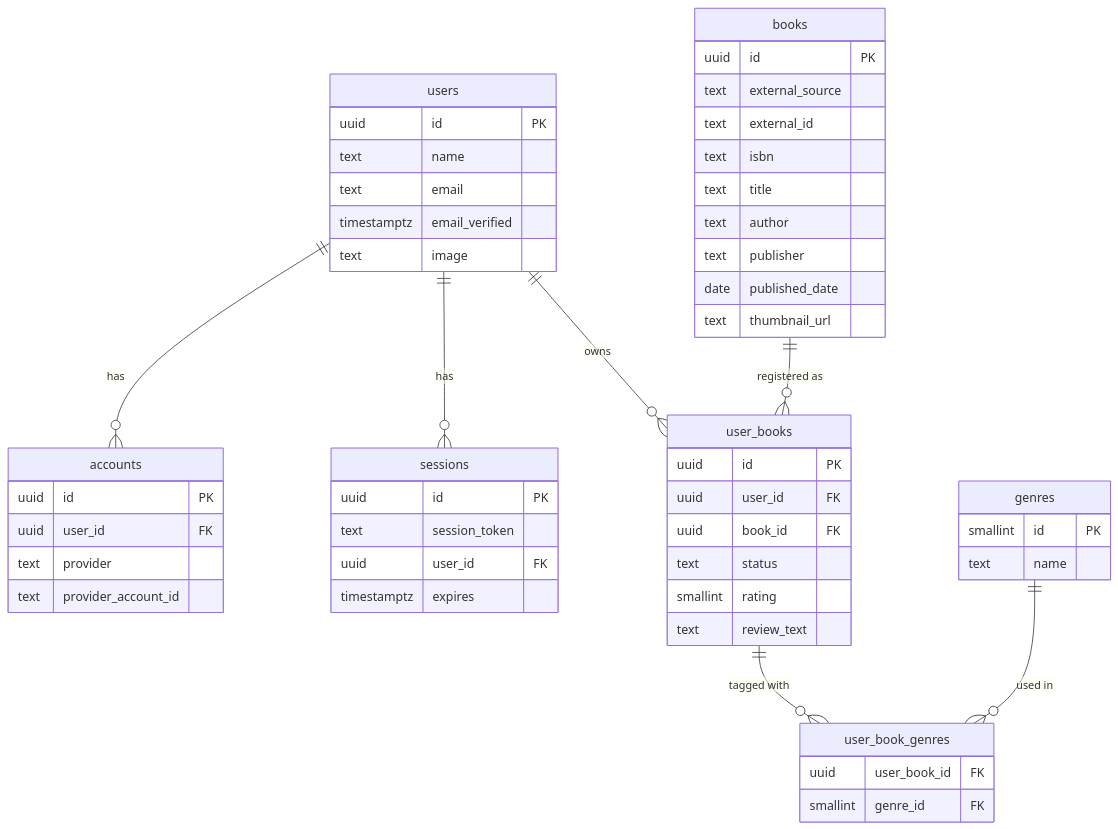
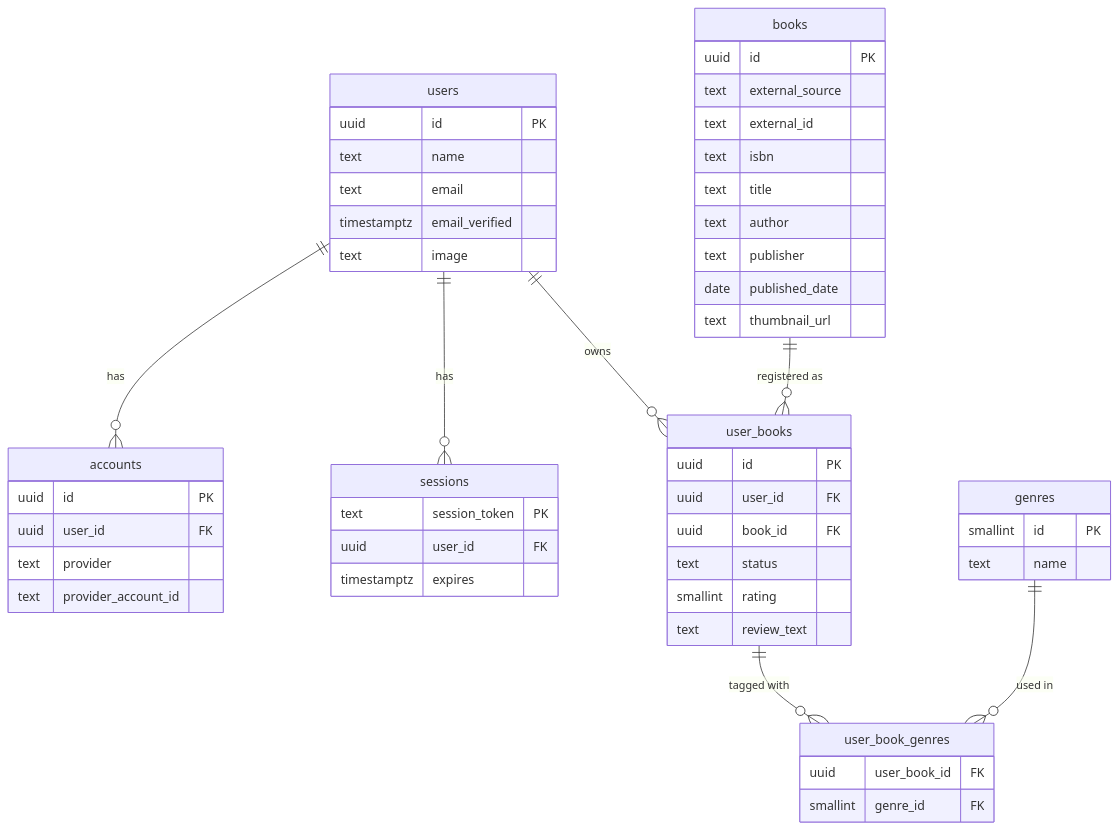
One commit to kentaro-nakayama/BookShelf changed the diagram in docs/database-design.md. Above: the diagram before and after it, drawn with Mermaid. The commit also changed other lines of this file and 9 other files, not shown here.

````diff
--- a/docs/database-design.md
+++ b/docs/database-design.md
@@ -9,56 +9,55 @@
 ```mermaid
 erDiagram
     users ||--o{ accounts : "has"
     users ||--o{ sessions : "has"
     users ||--o{ user_books : "owns"
     books ||--o{ user_books : "registered as"
     user_books ||--o{ user_book_genres : "tagged with"
     genres ||--o{ user_book_genres : "used in"
 
     users {
         uuid id PK
         text name
         text email
         timestamptz email_verified
         text image
     }
     accounts {
         uuid id PK
         uuid user_id FK
         text provider
         text provider_account_id
     }
     sessions {
-        uuid id PK
-        text session_token
+        text session_token PK
         uuid user_id FK
         timestamptz expires
     }
     books {
         uuid id PK
         text external_source
         text external_id
         text isbn
         text title
         text author
         text publisher
         date published_date
         text thumbnail_url
     }
     user_books {
         uuid id PK
         uuid user_id FK
         uuid book_id FK
         text status
         smallint rating
         text review_text
     }
     genres {
         smallint id PK
         text name
     }
     user_book_genres {
         uuid user_book_id FK
         smallint genre_id FK
     }
 ```
````
